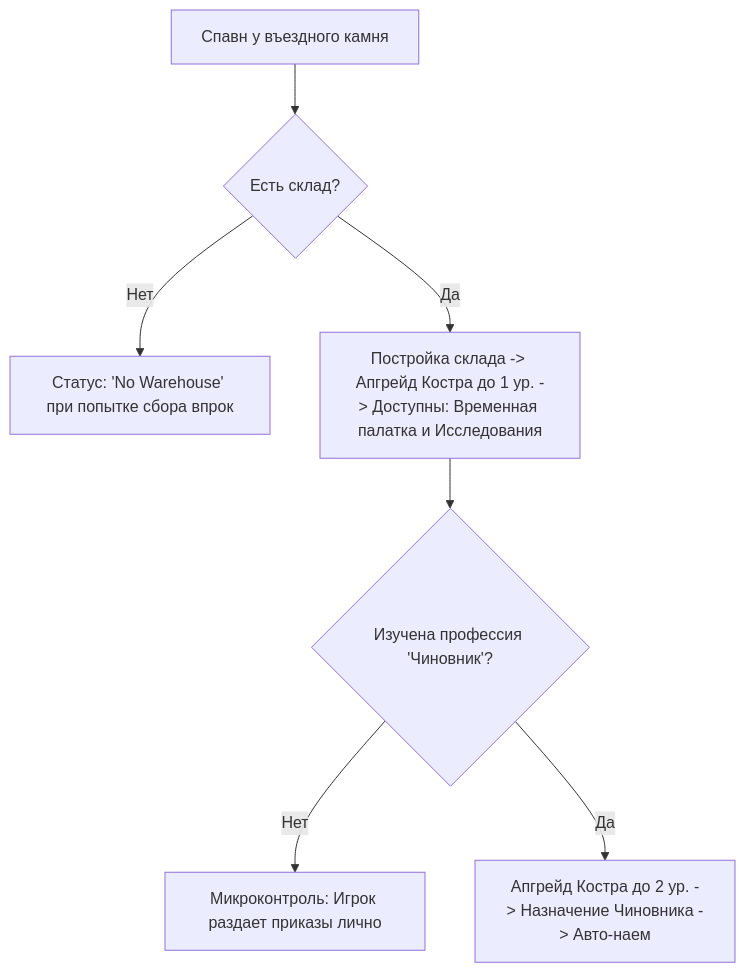
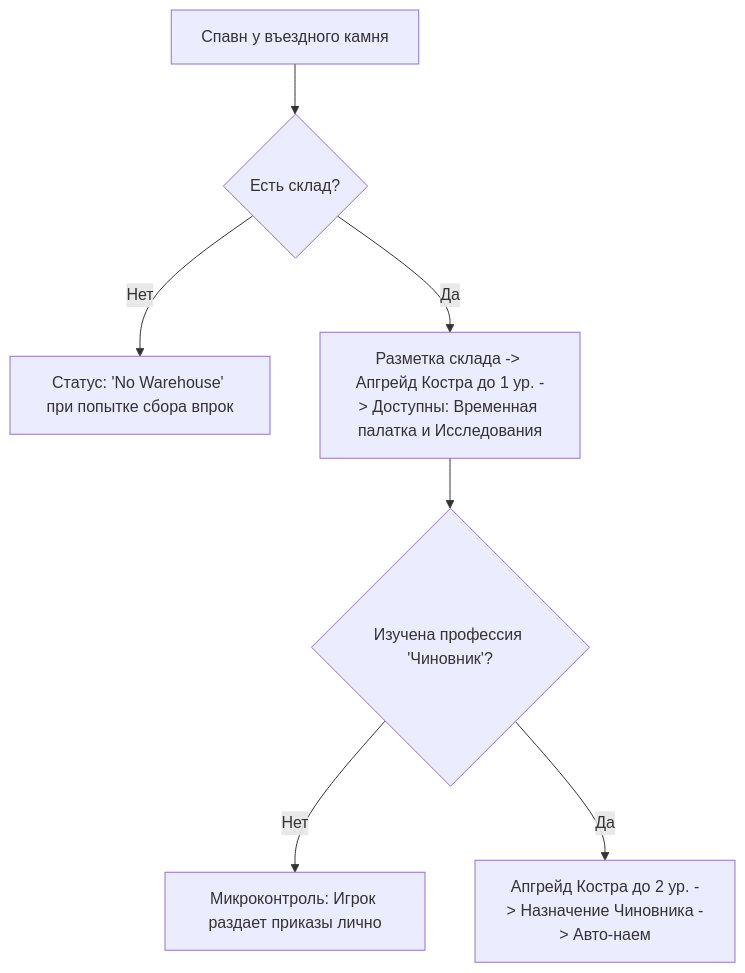
One commit to bozonx/go-to-happyness changed the diagram in design_docs/tent_era_survival.md. Above: the diagram before and after it, drawn with Mermaid. The commit also changed other lines of this file, not shown here.

````diff
--- a/design_docs/tent_era_survival.md
+++ b/design_docs/tent_era_survival.md
@@ -64,9 +64,9 @@
 ```mermaid
 graph TD
     Spawn[Спавн у въездного камня] --> NoWarehouse{Есть склад?}
     NoWarehouse -- Нет --> StatusNoWarehouse[Статус: 'No Warehouse' при попытке сбора впрок]
-    NoWarehouse -- Да --> BuildCampfire1[Постройка склада -> Апгрейд Костра до 1 ур. -> Доступны: Временная палатка и Исследования]
+    NoWarehouse -- Да --> BuildCampfire1[Разметка склада -> Апгрейд Костра до 1 ур. -> Доступны: Временная палатка и Исследования]
     BuildCampfire1 --> ResearchOfficial{Изучена профессия 'Чиновник'?}
     ResearchOfficial -- Нет --> MicroManagement[Микроконтроль: Игрок раздает приказы лично]
     ResearchOfficial -- Да --> UpgradeCampfire2[Апгрейд Костра до 2 ур. -> Назначение Чиновника -> Авто-наем]
 ```
````
